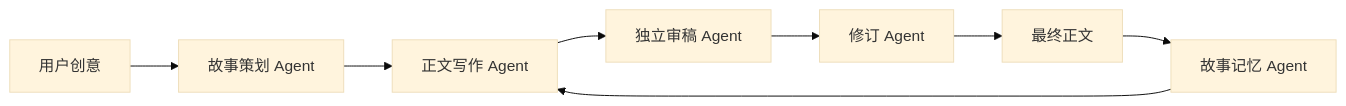
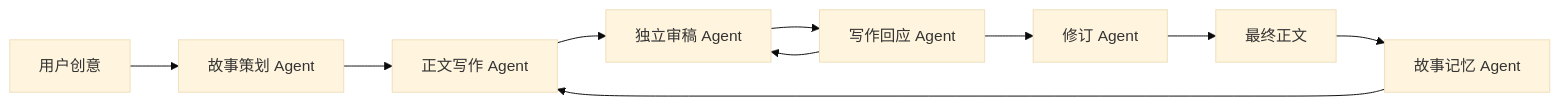
Before and after one commit to jackybrons/multi-agent-novel-system: the diagram in README.md, drawn with Mermaid (base theme). The commit also changed other lines of this file and 6 other files, not shown here.

````diff
--- a/README.md
+++ b/README.md
@@ -7,10 +7,12 @@
 ```mermaid
 flowchart LR
     U[用户创意] --> P[故事策划 Agent]
     P --> D[正文写作 Agent]
     D --> C[独立审稿 Agent]
-    C --> R[修订 Agent]
+    C --> W[写作回应 Agent]
+    W --> C
+    W --> R[修订 Agent]
     R --> T[最终正文]
     T --> M[故事记忆 Agent]
     M --> D
 ```
````
